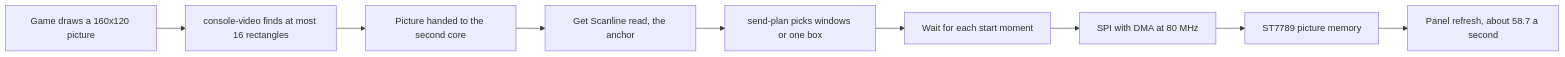
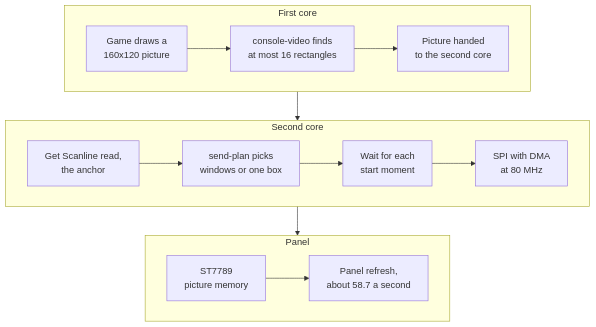
The diagram in docs/display.md (hudson-bruno/pocketme), drawn with Mermaid before and after one commit. The commit also changed 2 other files, not shown here.

Commit message:
docs: lay the wide diagrams out in rows
The picture path, the memory map, the partitions and the chip build
were single long chains: on GitHub they came out as tiny text or as a
very tall column. Each is now two or three short rows; the labels and
numbers are unchanged. The reconnect-only chain gets fixed line breaks.

````diff
--- a/docs/display.md
+++ b/docs/display.md
@@ -254,11 +254,19 @@
 ```mermaid
-flowchart LR
-    A["Game draws a 160x120 picture"] --> B["console-video finds at most 16 rectangles"]
-    B --> C["Picture handed to the second core"]
-    C --> D["Get Scanline read, the anchor"]
-    D --> E["send-plan picks windows or one box"]
-    E --> F["Wait for each start moment"]
-    F --> G["SPI with DMA at 80 MHz"]
-    G --> H["ST7789 picture memory"]
-    H --> I["Panel refresh, about 58.7 a second"]
+flowchart TB
+    subgraph FIRST["First core"]
+        direction LR
+        A["Game draws a<br>160x120 picture"] --> B["console-video finds<br>at most 16 rectangles"]
+        B --> C["Picture handed<br>to the second core"]
+    end
+    subgraph SECOND["Second core"]
+        direction LR
+        D["Get Scanline read,<br>the anchor"] --> E["send-plan picks<br>windows or one box"]
+        E --> F["Wait for each<br>start moment"]
+        F --> G["SPI with DMA<br>at 80 MHz"]
+    end
+    subgraph PANEL["Panel"]
+        direction LR
+        H["ST7789<br>picture memory"] --> I["Panel refresh,<br>about 58.7 a second"]
+    end
+    FIRST --> SECOND --> PANEL
 ```
````
